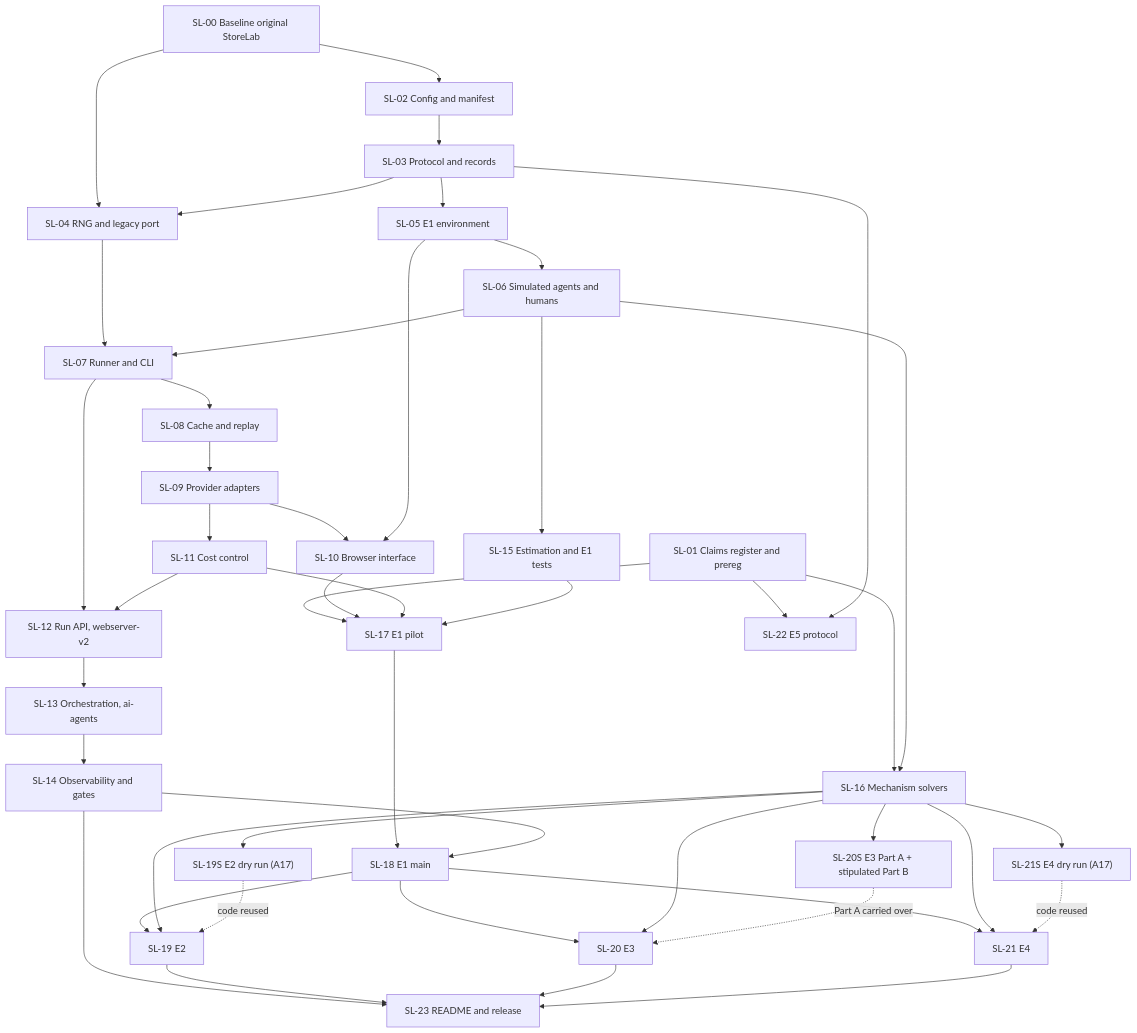
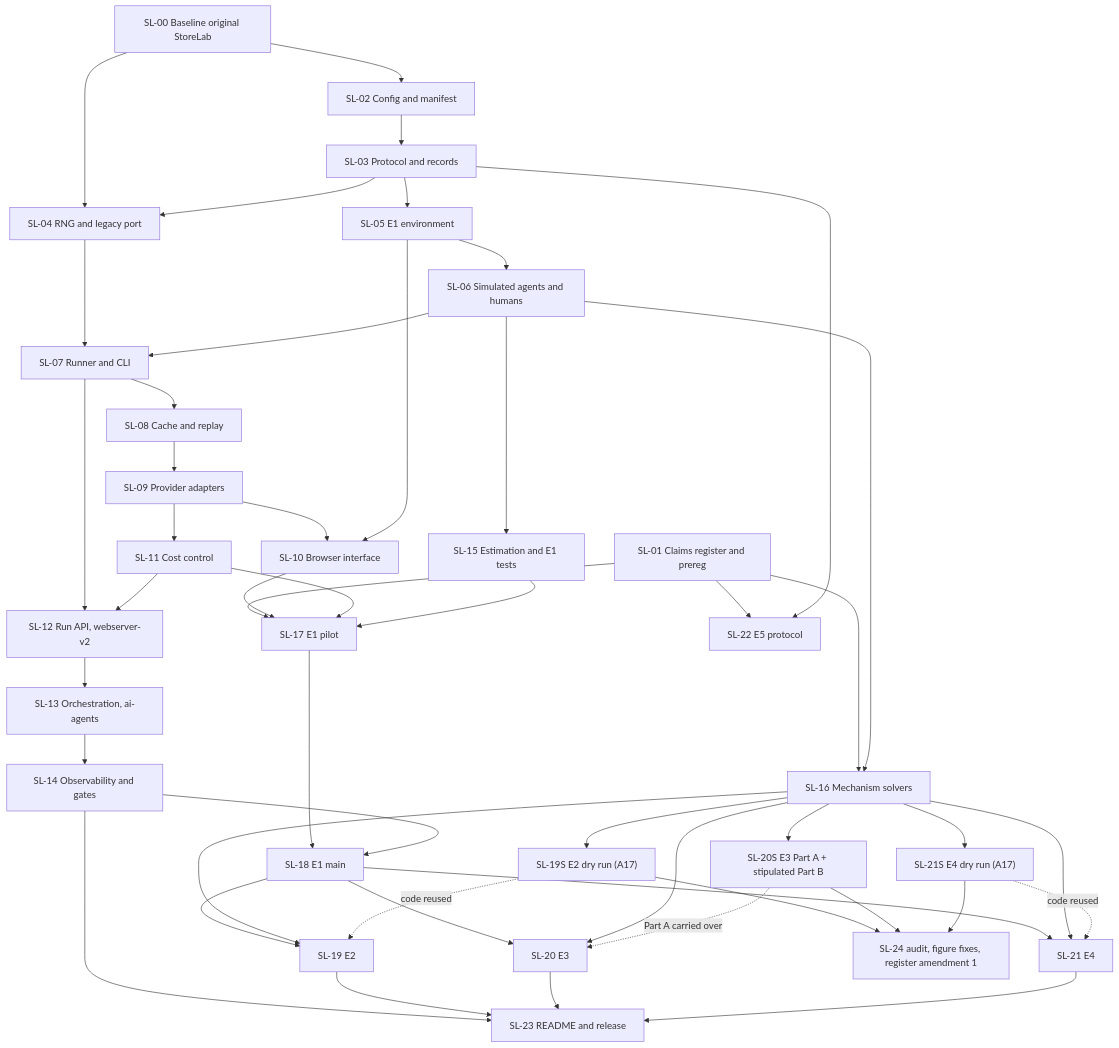
The third of 3 diagrams in tickets.md (WilliamDHN289/Agentic_Advertising), drawn with Mermaid before and after one commit. The commit also changed other lines of this file and 2 other files, not shown here.

First line of the commit message:
Requirements: A12 amendment 1, A17 amendment 1 and SL-24 audit ticket

````diff
--- a/tickets.md
+++ b/tickets.md
@@ -268,47 +268,50 @@
 ```mermaid
 flowchart TD
   SL00["SL-00 Baseline original StoreLab"] --> SL02["SL-02 Config and manifest"]
   SL02 --> SL03["SL-03 Protocol and records"]
   SL00 --> SL04["SL-04 RNG and legacy port"]
   SL03 --> SL04
   SL03 --> SL05["SL-05 E1 environment"]
   SL05 --> SL06["SL-06 Simulated agents and humans"]
   SL04 --> SL07["SL-07 Runner and CLI"]
   SL06 --> SL07
   SL07 --> SL08["SL-08 Cache and replay"]
   SL08 --> SL09["SL-09 Provider adapters"]
   SL09 --> SL10["SL-10 Browser interface"]
   SL05 --> SL10
   SL09 --> SL11["SL-11 Cost control"]
   SL07 --> SL12["SL-12 Run API, webserver-v2"]
   SL11 --> SL12
   SL12 --> SL13["SL-13 Orchestration, ai-agents"]
   SL13 --> SL14["SL-14 Observability and gates"]
   SL06 --> SL15["SL-15 Estimation and E1 tests"]
   SL01["SL-01 Claims register and prereg"] --> SL16["SL-16 Mechanism solvers"]
   SL06 --> SL16
   SL01 --> SL17["SL-17 E1 pilot"]
   SL10 --> SL17
   SL11 --> SL17
   SL15 --> SL17
   SL17 --> SL18["SL-18 E1 main"]
   SL14 --> SL18
   SL18 --> SL19["SL-19 E2"]
   SL18 --> SL20["SL-20 E3"]
   SL18 --> SL21["SL-21 E4"]
   SL16 --> SL19
   SL16 --> SL20
   SL16 --> SL21
   SL16 --> SL19S["SL-19S E2 dry run (A17)"]
   SL16 --> SL20S["SL-20S E3 Part A + stipulated Part B"]
   SL16 --> SL21S["SL-21S E4 dry run (A17)"]
+  SL19S --> SL24["SL-24 audit, figure fixes, register amendment 1"]
+  SL20S --> SL24
+  SL21S --> SL24
   SL19S -.->|"code reused"| SL19
   SL20S -.->|"Part A carried over"| SL20
   SL21S -.->|"code reused"| SL21
   SL01 --> SL22["SL-22 E5 protocol"]
   SL03 --> SL22
   SL14 --> SL23["SL-23 README and release"]
   SL19 --> SL23
   SL20 --> SL23
   SL21 --> SL23
 ```
````
